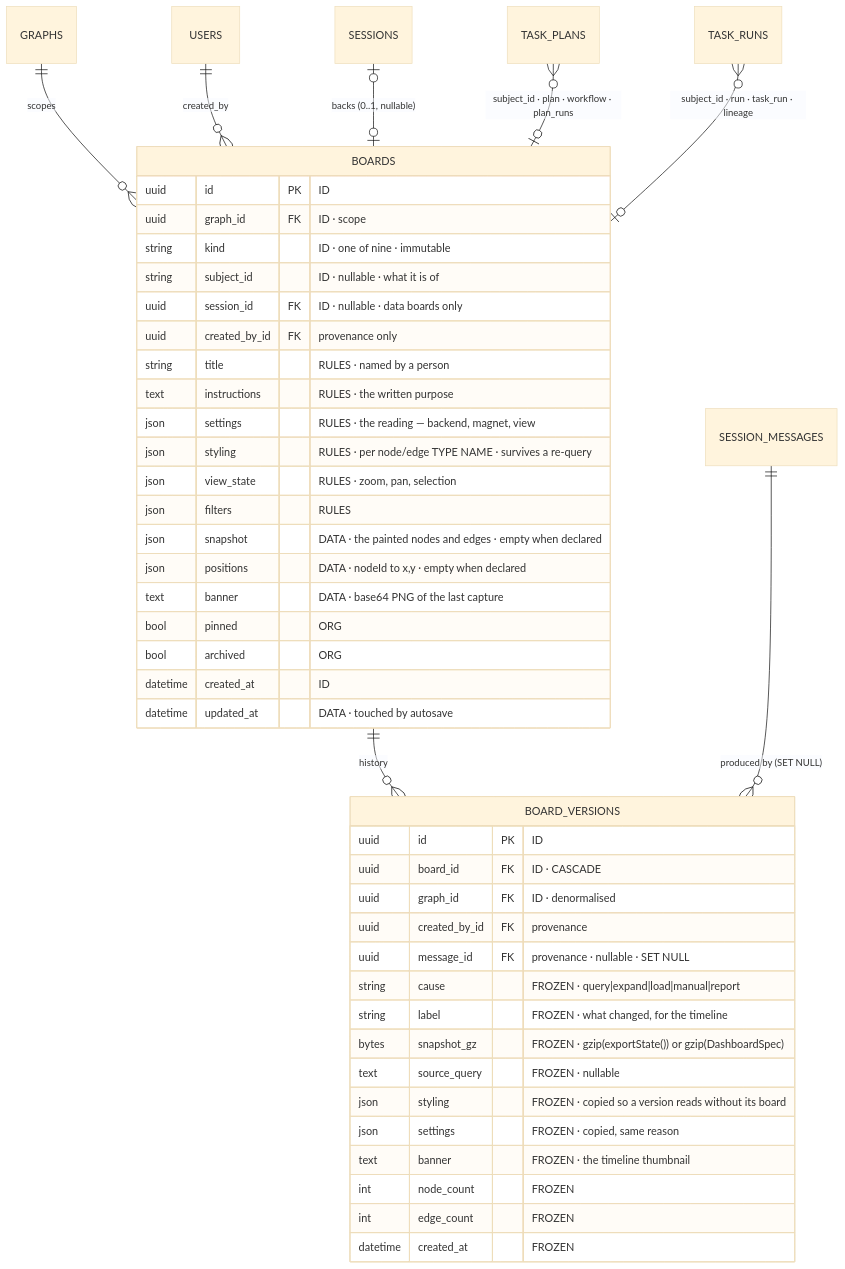
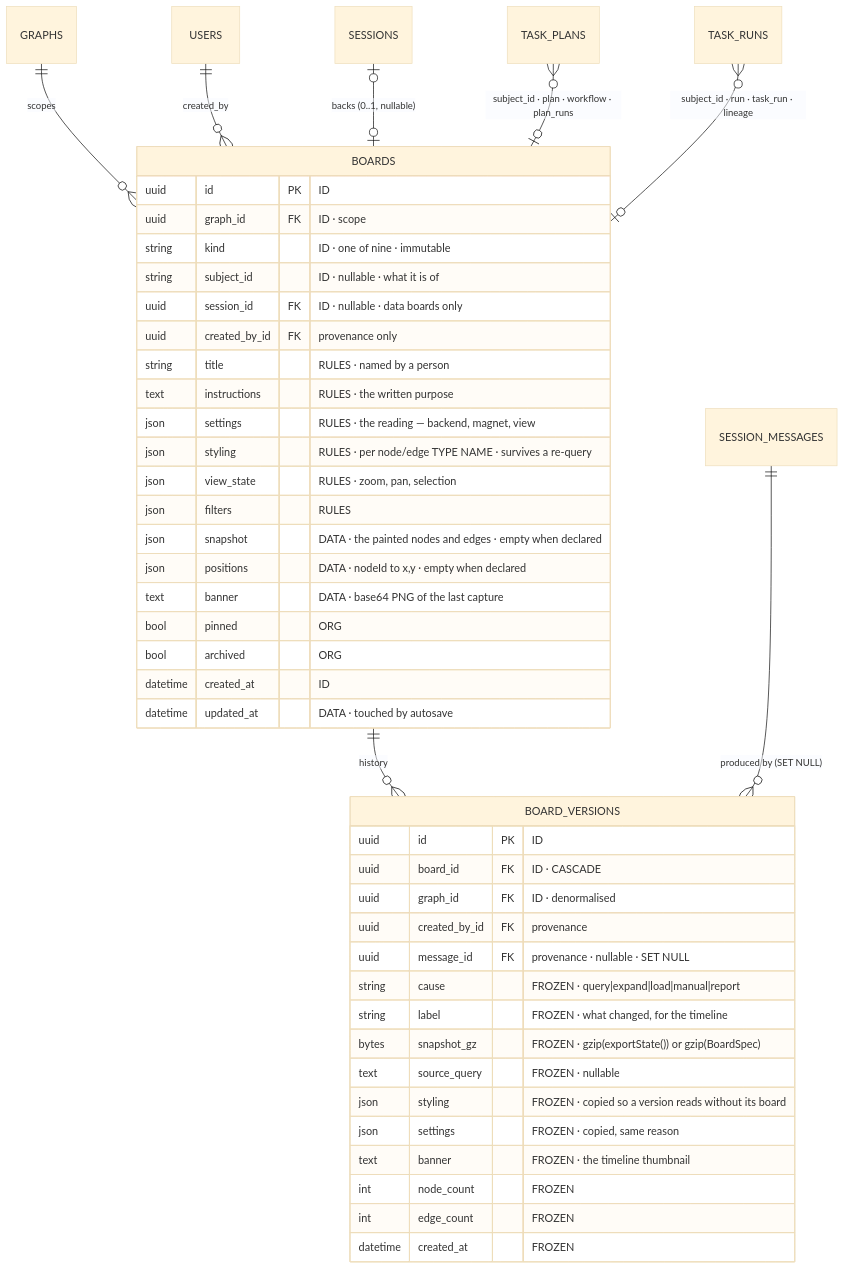
Before and after one commit to invana/invana: the second of 8 diagrams in docs/for-developers/building-engine/boards-migration.md, drawn with Mermaid (base theme). The commit also changed other lines of this file and 130 other files, not shown here.

First line of the commit message:
refactor: there is no dashboard — every surface is a board

````diff
--- a/docs/for-developers/building-engine/boards-migration.md
+++ b/docs/for-developers/building-engine/boards-migration.md
@@ -96,49 +96,49 @@
 ```mermaid
 erDiagram
     GRAPHS   ||--o{ BOARDS         : "scopes"
     USERS    ||--o{ BOARDS         : "created_by"
     SESSIONS |o--o| BOARDS         : "backs (0..1, nullable)"
     BOARDS   ||--o{ BOARD_VERSIONS : "history"
     SESSION_MESSAGES ||--o{ BOARD_VERSIONS : "produced by (SET NULL)"
     TASK_PLANS }o--o| BOARDS : "subject_id · plan · workflow · plan_runs"
     TASK_RUNS  }o--o| BOARDS : "subject_id · run · task_run · lineage"
 
     BOARDS {
         uuid id PK "ID"
         uuid graph_id FK "ID · scope"
         string kind "ID · one of nine · immutable"
         string subject_id "ID · nullable · what it is of"
         uuid session_id FK "ID · nullable · data boards only"
         uuid created_by_id FK "provenance only"
         string title "RULES · named by a person"
         text instructions "RULES · the written purpose"
         json settings "RULES · the reading — backend, magnet, view"
         json styling "RULES · per node/edge TYPE NAME · survives a re-query"
         json view_state "RULES · zoom, pan, selection"
         json filters "RULES"
         json snapshot "DATA · the painted nodes and edges · empty when declared"
         json positions "DATA · nodeId to x,y · empty when declared"
         text banner "DATA · base64 PNG of the last capture"
         bool pinned "ORG"
         bool archived "ORG"
         datetime created_at "ID"
         datetime updated_at "DATA · touched by autosave"
     }
     BOARD_VERSIONS {
         uuid id PK "ID"
         uuid board_id FK "ID · CASCADE"
         uuid graph_id FK "ID · denormalised"
         uuid created_by_id FK "provenance"
         uuid message_id FK "provenance · nullable · SET NULL"
         string cause "FROZEN · query|expand|load|manual|report"
         string label "FROZEN · what changed, for the timeline"
-        bytes snapshot_gz "FROZEN · gzip(exportState()) or gzip(DashboardSpec)"
+        bytes snapshot_gz "FROZEN · gzip(exportState()) or gzip(BoardSpec)"
         text source_query "FROZEN · nullable"
         json styling "FROZEN · copied so a version reads without its board"
         json settings "FROZEN · copied, same reason"
         text banner "FROZEN · the timeline thumbnail"
         int node_count "FROZEN"
         int edge_count "FROZEN"
         datetime created_at "FROZEN"
     }
 ```
````
